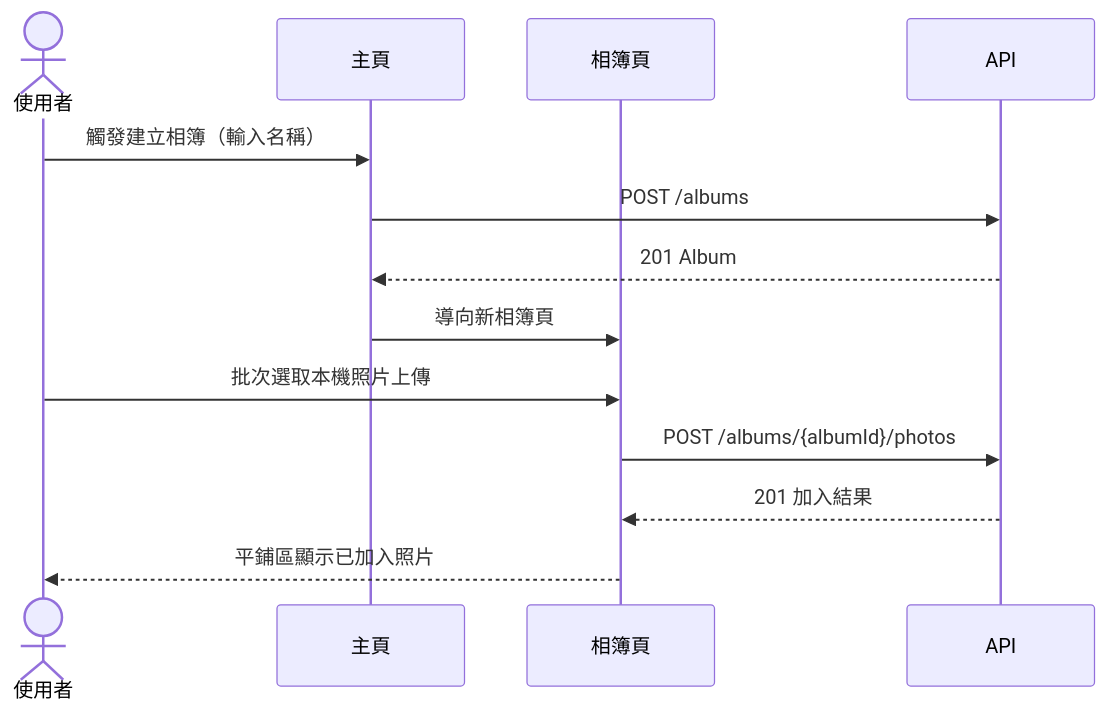
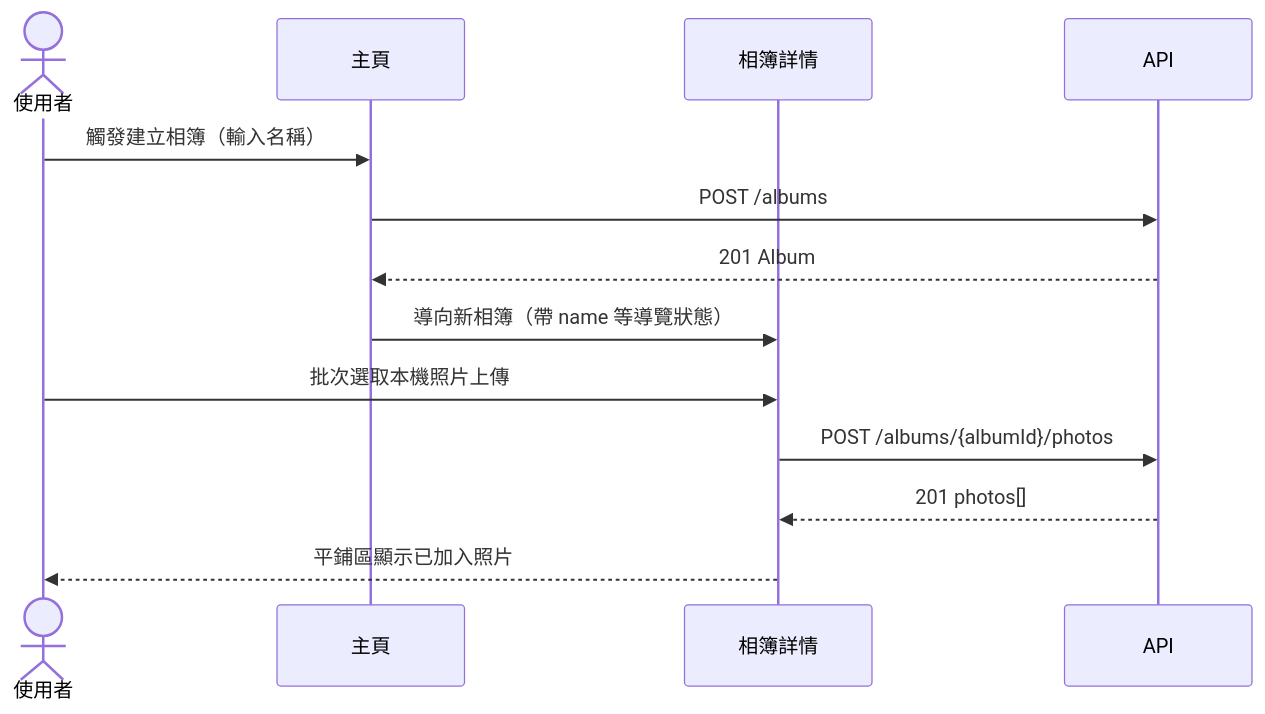
The first of 7 diagrams in specs/001-photo-albums/system-analyze/ui-plan.md (Waterball-Limited-Company/Jochu-lv1-training-course), drawn with Mermaid before and after one commit. The commit also changed other lines of this file and 54 other files, not shown here.

````diff
--- a/specs/001-photo-albums/system-analyze/ui-plan.md
+++ b/specs/001-photo-albums/system-analyze/ui-plan.md
@@ -11,16 +11,16 @@
 ```mermaid
 sequenceDiagram
     actor U as 使用者
     participant Home as 主頁
-    participant Album as 相簿頁
+    participant Album as 相簿詳情
     participant API as API
 
     U->>Home: 觸發建立相簿（輸入名稱）
     Home->>API: POST /albums
     API-->>Home: 201 Album
-    Home->>Album: 導向新相簿頁
+    Home->>Album: 導向新相簿（帶 name 等導覽狀態）
     U->>Album: 批次選取本機照片上傳
     Album->>API: POST /albums/{albumId}/photos
-    API-->>Album: 201 加入結果
+    API-->>Album: 201 photos[]
     Album-->>U: 平鋪區顯示已加入照片
 ```
````
